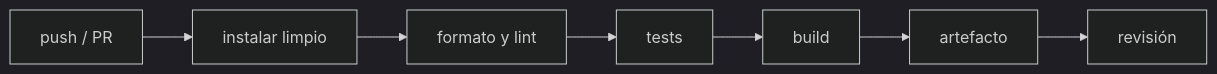
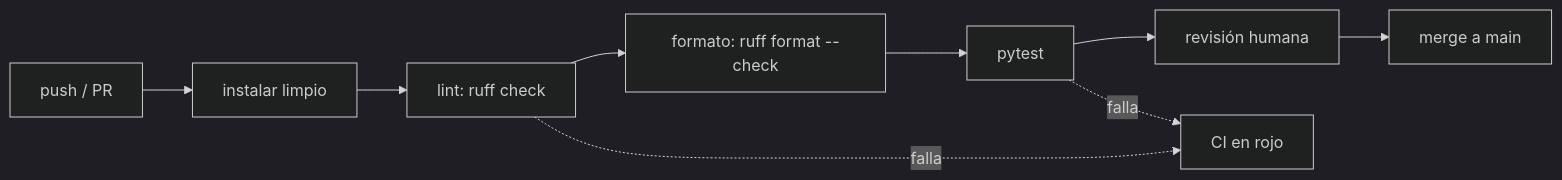
The fourth of 4 diagrams in web/public/content/foundations/modulo-5.md (NICORUIZ93/The_Imperial_Book), drawn with Mermaid (dark theme) before and after one commit. The commit also changed other lines of this file, not shown here.

````diff
--- a/web/public/content/foundations/modulo-5.md
+++ b/web/public/content/foundations/modulo-5.md
@@ -231,5 +1292,7 @@
 ```mermaid
 flowchart LR
-    PUSH["push / PR"] --> INSTALL["instalar limpio"] --> LINT["formato y lint"]
-    LINT --> TEST["tests"] --> BUILD["build"] --> ART["artefacto"] --> REVIEW["revisión"]
+    PUSH["push / PR"] --> INSTALL["instalar limpio"] --> LINT["lint: ruff check"]
+    LINT --> FMT["formato: ruff format --check"] --> TEST["pytest"] --> REVIEW["revisión humana"] --> MERGE["merge a main"]
+    LINT -. "falla" .-> STOP["CI en rojo"]
+    TEST -. "falla" .-> STOP
 ```
````
